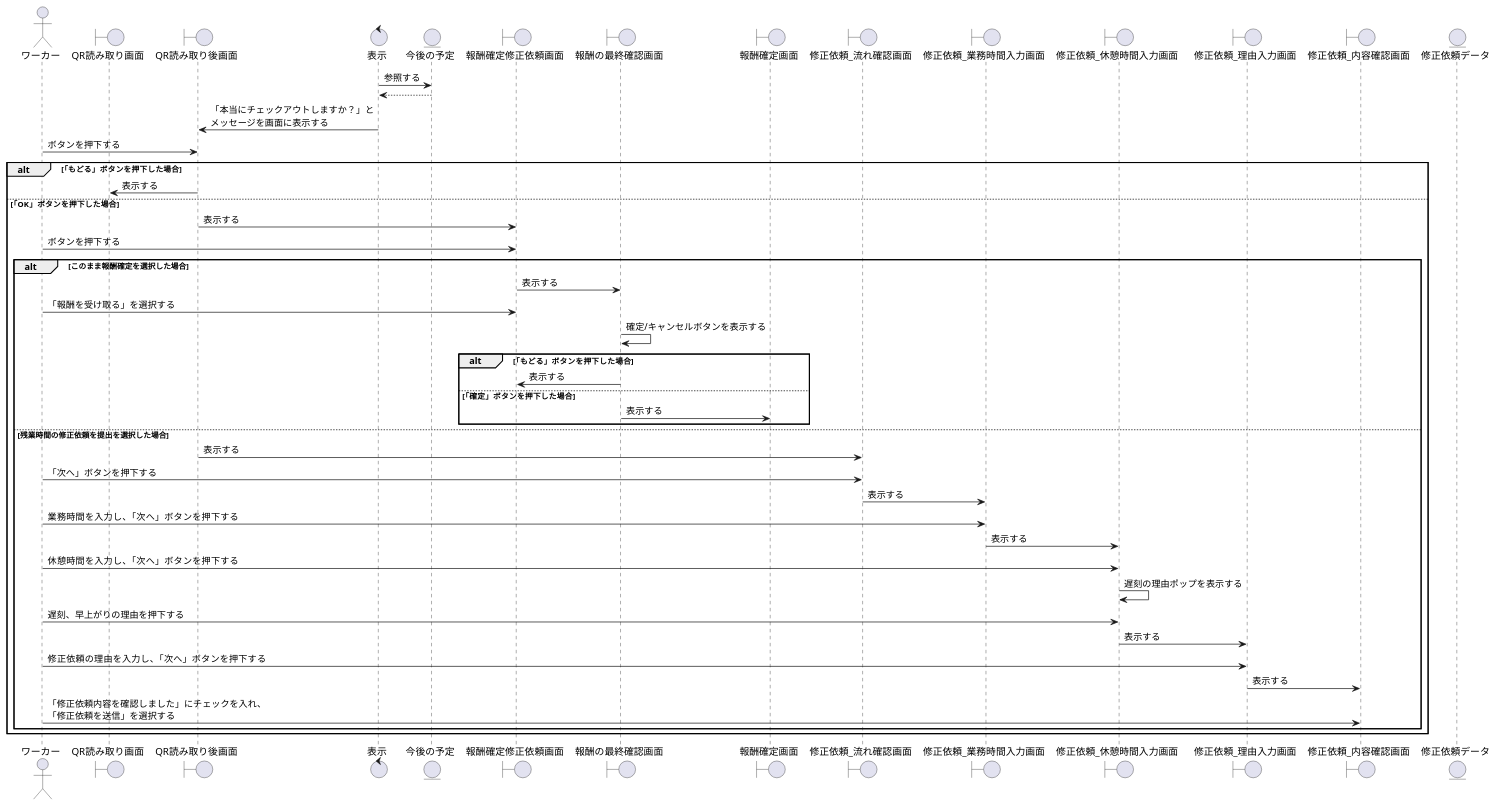
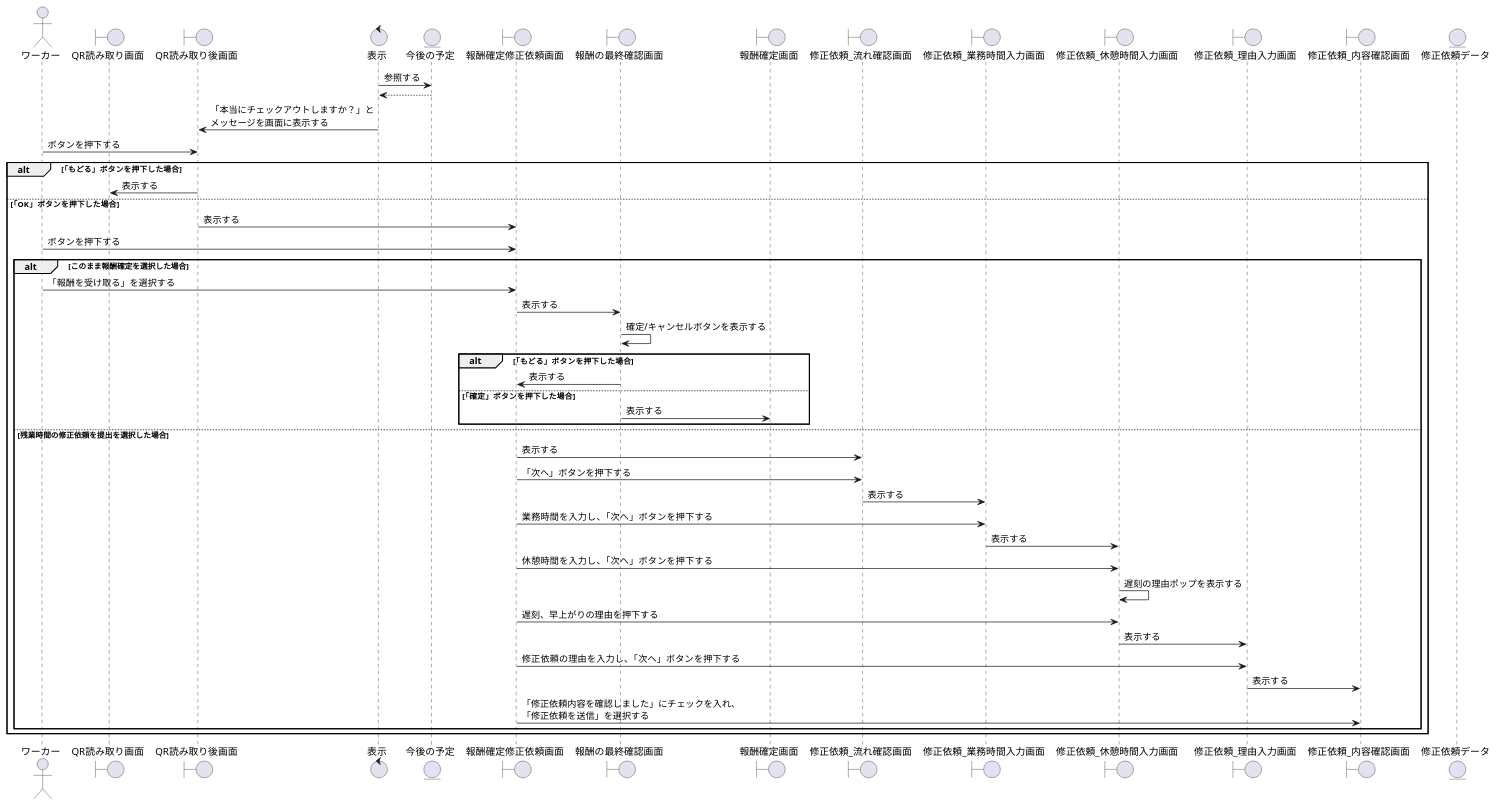
One commit to irukacb256/high_Me changed the diagram in sequence_fig/4_business_fn/2_QRの読み取りをする（退勤）.pu. Above: the diagram before and after it, drawn with PlantUML. The commit also changed 2 other files, not shown here.

```diff
--- a/sequence_fig/4_business_fn/2_QRの読み取りをする（退勤）.pu
+++ b/sequence_fig/4_business_fn/2_QRの読み取りをする（退勤）.pu
@@ -1,63 +1,64 @@
 @startuml QRの読み取りをする（退勤）
 
 actor ワーカー as wo1
 boundary QR読み取り画面 as ch2
 boundary QR読み取り後画面 as ch1
 control 表示 as co1
 entity 今後の予定 as en1
 boundary 報酬確定修正依頼画面 as rc1
 boundary 報酬の最終確認画面 as rl1
 boundary 報酬確定画面 as rc2
 
 boundary 修正依頼_流れ確認画面 as mr1
 boundary 修正依頼_業務時間入力画面 as mr2
 boundary 修正依頼_休憩時間入力画面 as mr3
 boundary 修正依頼_理由入力画面 as mr4
 boundary 修正依頼_内容確認画面 as mr5
 
 
 
 entity 修正依頼データ as md1
 
 co1 -> en1 : 参照する
 en1 --> co1
 
 co1 -> ch1 : 「本当にチェックアウトしますか？」と\nメッセージを画面に表示する
 wo1 -> ch1 :ボタンを押下する
 alt 「もどる」ボタンを押下した場合
     ch1 -> ch2 : 表示する
 else 「OK」ボタンを押下した場合
 
 
     ch1 -> rc1 : 表示する
     wo1 -> rc1 :ボタンを押下する
     alt このまま報酬確定を選択した場合
+            wo1 -> rc1 : 「報酬を受け取る」を選択する
         rc1 -> rl1 : 表示する
-        wo1 -> rc1 : 「報酬を受け取る」を選択する
+
         rl1 -> rl1 : 確定/キャンセルボタンを表示する
         alt 「もどる」ボタンを押下した場合
             rl1 -> rc1 : 表示する
         else 「確定」ボタンを押下した場合
             rl1 -> rc2 : 表示する
         end
 
     else 残業時間の修正依頼を提出を選択した場合
-    ch1 -> mr1 :表示する
-    wo1 -> mr1 :「次へ」ボタンを押下する
+    rc1 -> mr1 :表示する
+    rc1 -> mr1 :「次へ」ボタンを押下する
     mr1 -> mr2 :表示する
-    wo1 -> mr2 :業務時間を入力し、「次へ」ボタンを押下する
+    rc1 -> mr2 :業務時間を入力し、「次へ」ボタンを押下する
     mr2 -> mr3 :表示する
-    wo1 -> mr3 :休憩時間を入力し、「次へ」ボタンを押下する
+    rc1 -> mr3 :休憩時間を入力し、「次へ」ボタンを押下する
     mr3 -> mr3 :遅刻の理由ポップを表示する
-    wo1 -> mr3 :遅刻、早上がりの理由を押下する
+    rc1 -> mr3 :遅刻、早上がりの理由を押下する
     mr3 -> mr4 :表示する
-    wo1 -> mr4 :修正依頼の理由を入力し、「次へ」ボタンを押下する
+    rc1 -> mr4 :修正依頼の理由を入力し、「次へ」ボタンを押下する
     mr4 -> mr5 :表示する
-    wo1 -> mr5 :「修正依頼内容を確認しました」にチェックを入れ、\n「修正依頼を送信」を選択する
+    rc1 -> mr5 :「修正依頼内容を確認しました」にチェックを入れ、\n「修正依頼を送信」を選択する
 
         
         
     end
 
 end
 @enduml
```
